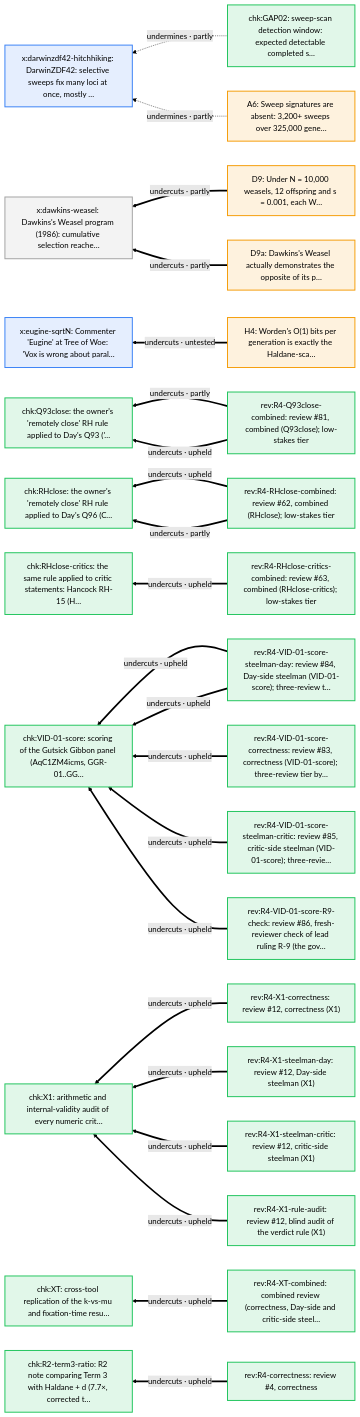
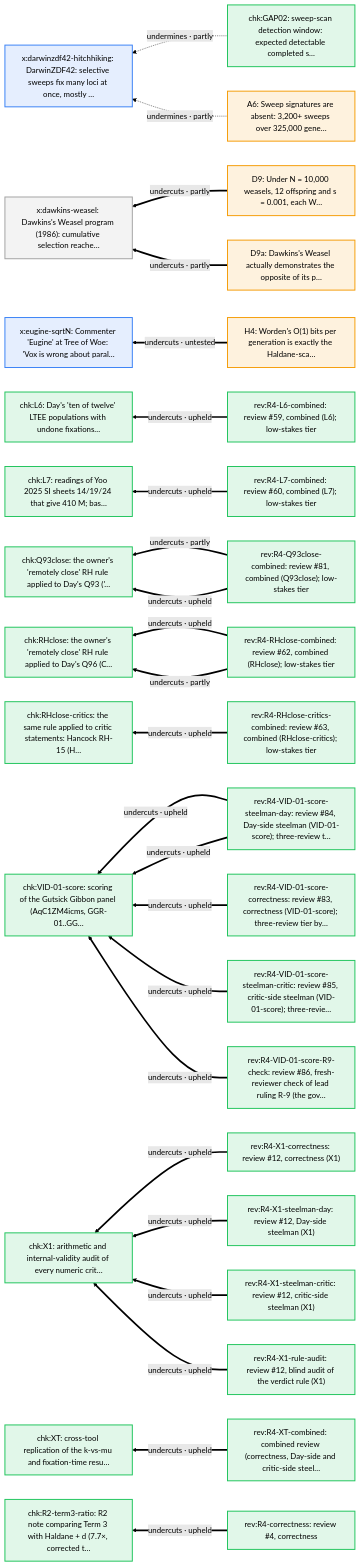
Diagram 24 of 24 in docs/arguments/defeaters.md (nickallevato/evo-sim), drawn with Mermaid (forest theme) before and after one commit. The commit also changed other lines of this file and 14 other files, not shown here.

````diff
--- a/docs/arguments/defeaters.md
+++ b/docs/arguments/defeaters.md
@@ -1277,57 +1303,63 @@
 ```mermaid
 flowchart RL
   classDef day fill:#f59e0b22,stroke:#f59e0b,stroke-width:2px
   classDef ally fill:#d9770622,stroke:#d97706,stroke-width:2px
   classDef critic fill:#3b82f622,stroke:#3b82f6,stroke-width:2px
   classDef literature fill:#a3a3a322,stroke:#a3a3a3,stroke-width:2px
   classDef audit fill:#22c55e22,stroke:#22c55e,stroke-width:2px
   A6["A6: Sweep signatures are absent: 3,200+ sweeps over 325,000 gene…"]:::day
   D9["D9: Under N = 10,000 weasels, 12 offspring and s = 0.001, each W…"]:::day
   D9a["D9a: Dawkins's Weasel actually demonstrates the opposite of its p…"]:::day
   H4["H4: Worden's O(1) bits per generation is exactly the Haldane-sca…"]:::day
   chk_GAP02["chk:GAP02: sweep-scan detection window: expected detectable completed s…"]:::audit
+  chk_L6["chk:L6: Day's 'ten of twelve' LTEE populations with undone fixations…"]:::audit
+  chk_L7["chk:L7: readings of Yoo 2025 SI sheets 14/19/24 that give 410 M; bas…"]:::audit
   chk_Q93close["chk:Q93close: the owner's 'remotely close' RH rule applied to Day's Q93 ('…"]:::audit
   chk_R2_term3_ratio["chk:R2-term3-ratio: R2 note comparing Term 3 with Haldane + d (7.7×, corrected t…"]:::audit
   chk_RHclose["chk:RHclose: the owner's 'remotely close' RH rule applied to Day's Q96 (C…"]:::audit
   chk_RHclose_critics["chk:RHclose-critics: the same rule applied to critic statements: Hancock RH-15 (H…"]:::audit
   chk_VID_01_score["chk:VID-01-score: scoring of the Gutsick Gibbon panel (AqC1ZM4icms, GGR-01..GG…"]:::audit
   chk_X1["chk:X1: arithmetic and internal-validity audit of every numeric crit…"]:::audit
   chk_XT["chk:XT: cross-tool replication of the k-vs-mu and fixation-time resu…"]:::audit
+  rev_R4_L6_combined["rev:R4-L6-combined: review #59, combined (L6); low-stakes tier"]:::audit
+  rev_R4_L7_combined["rev:R4-L7-combined: review #60, combined (L7); low-stakes tier"]:::audit
   rev_R4_Q93close_combined["rev:R4-Q93close-combined: review #81, combined (Q93close); low-stakes tier"]:::audit
   rev_R4_RHclose_combined["rev:R4-RHclose-combined: review #62, combined (RHclose); low-stakes tier"]:::audit
   rev_R4_RHclose_critics_combined["rev:R4-RHclose-critics-combined: review #63, combined (RHclose-critics); low-stakes tier"]:::audit
   rev_R4_VID_01_score_R9_check["rev:R4-VID-01-score-R9-check: review #86, fresh-reviewer check of lead ruling R-9 (the gov…"]:::audit
   rev_R4_VID_01_score_correctness["rev:R4-VID-01-score-correctness: review #83, correctness (VID-01-score); three-review tier by…"]:::audit
   rev_R4_VID_01_score_steelman_critic["rev:R4-VID-01-score-steelman-critic: review #85, critic-side steelman (VID-01-score); three-revie…"]:::audit
   rev_R4_VID_01_score_steelman_day["rev:R4-VID-01-score-steelman-day: review #84, Day-side steelman (VID-01-score); three-review t…"]:::audit
   rev_R4_X1_correctness["rev:R4-X1-correctness: review #12, correctness (X1)"]:::audit
   rev_R4_X1_rule_audit["rev:R4-X1-rule-audit: review #12, blind audit of the verdict rule (X1)"]:::audit
   rev_R4_X1_steelman_critic["rev:R4-X1-steelman-critic: review #12, critic-side steelman (X1)"]:::audit
   rev_R4_X1_steelman_day["rev:R4-X1-steelman-day: review #12, Day-side steelman (X1)"]:::audit
   rev_R4_XT_combined["rev:R4-XT-combined: combined review (correctness, Day-side and critic-side steel…"]:::audit
   rev_R4_correctness["rev:R4-correctness: review #4, correctness"]:::audit
   x_darwinzdf42_hitchhiking["x:darwinzdf42-hitchhiking: DarwinZDF42: selective sweeps fix many loci at once, mostly …"]:::critic
   x_dawkins_weasel["x:dawkins-weasel: Dawkins's Weasel program (1986): cumulative selection reache…"]:::literature
   x_eugine_sqrtN["x:eugine-sqrtN: Commenter 'Eugine' at Tree of Woe: 'Vox is wrong about paral…"]:::critic
+  rev_R4_L6_combined ==>|"undercuts · upheld"| chk_L6
+  rev_R4_L7_combined ==>|"undercuts · upheld"| chk_L7
   rev_R4_Q93close_combined ==>|"undercuts · partly"| chk_Q93close
   rev_R4_Q93close_combined ==>|"undercuts · upheld"| chk_Q93close
   rev_R4_correctness ==>|"undercuts · upheld"| chk_R2_term3_ratio
   rev_R4_RHclose_combined ==>|"undercuts · upheld"| chk_RHclose
   rev_R4_RHclose_combined ==>|"undercuts · partly"| chk_RHclose
   rev_R4_RHclose_critics_combined ==>|"undercuts · upheld"| chk_RHclose_critics
   rev_R4_VID_01_score_steelman_day ==>|"undercuts · upheld"| chk_VID_01_score
   rev_R4_VID_01_score_steelman_day ==>|"undercuts · upheld"| chk_VID_01_score
   rev_R4_VID_01_score_correctness ==>|"undercuts · upheld"| chk_VID_01_score
   rev_R4_VID_01_score_steelman_critic ==>|"undercuts · upheld"| chk_VID_01_score
   rev_R4_VID_01_score_R9_check ==>|"undercuts · upheld"| chk_VID_01_score
   rev_R4_X1_correctness ==>|"undercuts · upheld"| chk_X1
   rev_R4_X1_steelman_day ==>|"undercuts · upheld"| chk_X1
   rev_R4_X1_steelman_critic ==>|"undercuts · upheld"| chk_X1
   rev_R4_X1_rule_audit ==>|"undercuts · upheld"| chk_X1
   rev_R4_XT_combined ==>|"undercuts · upheld"| chk_XT
   chk_GAP02 -.->|"undermines · partly"| x_darwinzdf42_hitchhiking
   A6 -.->|"undermines · partly"| x_darwinzdf42_hitchhiking
   D9 ==>|"undercuts · partly"| x_dawkins_weasel
   D9a ==>|"undercuts · partly"| x_dawkins_weasel
   H4 ==>|"undercuts · untested"| x_eugine_sqrtN
 ```
````
